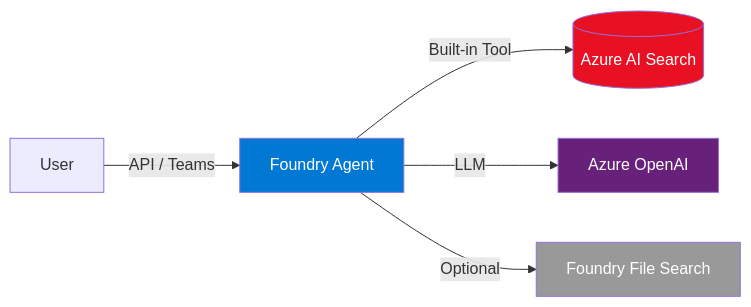
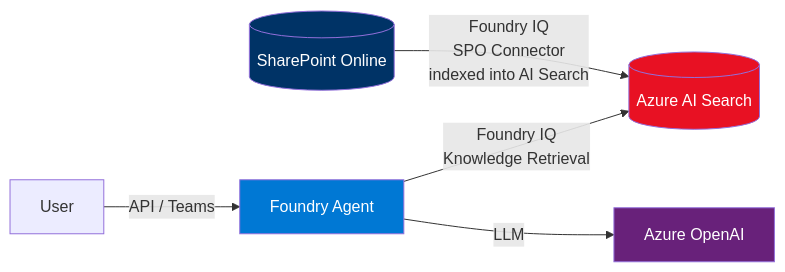
One commit to ostefka/AgentsAdvancedSearch changed the seventh of 12 diagrams in COMPARISON.md. Above: the diagram before and after it, drawn with Mermaid. The commit also changed other lines of this file, not shown here.

Commit message:
Fix arch diagrams: remove unnecessary Azure OpenAI from #2/#3/#4, fix #5 to OpenAPI plugin, add Foundry IQ SPO ingest to #7

````diff
--- a/COMPARISON.md
+++ b/COMPARISON.md
@@ -133,11 +130,11 @@
 ```mermaid
 flowchart LR
     U[User] -->|API / Teams| FA[Foundry Agent]
-    FA -->|Built-in Tool| AIS[(Azure AI Search)]
+    SPO[(SharePoint Online)] -->|Foundry IQ<br/>SPO Connector<br/>indexed into AI Search| AIS[(Azure AI Search)]
+    FA -->|Foundry IQ<br/>Knowledge Retrieval| AIS
     FA -->|LLM| AOAI[Azure OpenAI]
-    FA -->|Optional| FS[Foundry File Search]
     style FA fill:#0078d4,color:#fff
+    style SPO fill:#036,color:#fff
     style AIS fill:#e81123,color:#fff
     style AOAI fill:#68217a,color:#fff
-    style FS fill:#999,color:#fff
 ```
````
